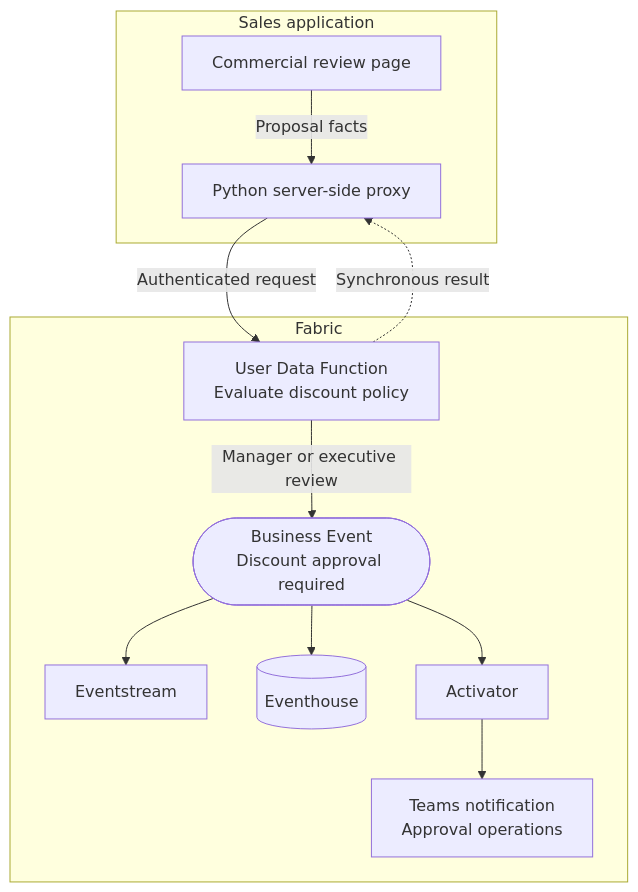
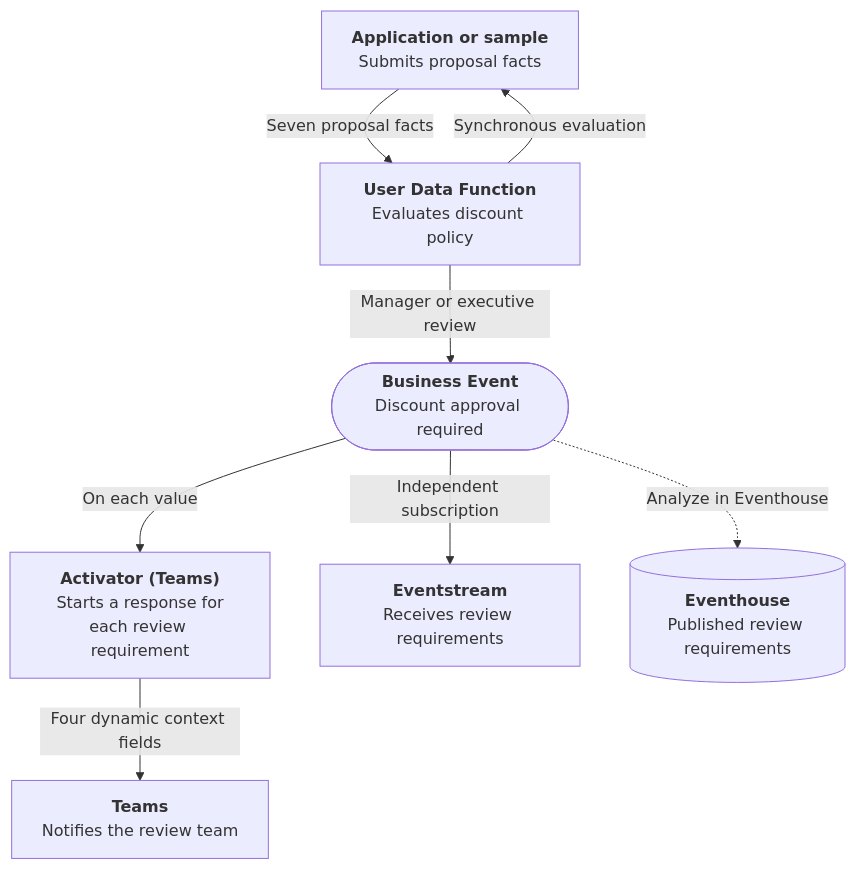
Before and after one commit to microsoft/fabric-events: the third of 3 diagrams in docs/business-events/scenarios/discount-approval-routing.md, drawn with Mermaid. The commit also changed other lines of this file and 225 other files, not shown here.

````diff
--- a/docs/business-events/scenarios/discount-approval-routing.md
+++ b/docs/business-events/scenarios/discount-approval-routing.md
@@ -19,25 +68,18 @@
 ```mermaid
 flowchart TB
-    subgraph Sales application
-        APP[Commercial review page]
-        PROXY[Python server-side proxy]
-        APP -->|Proposal facts| PROXY
-    end
+    APP["<b>Application or sample</b><br/>Submits proposal facts"]
+    UDF["<b>User Data Function</b><br/>Evaluates discount policy"]
+    BE(["<b>Business Event</b><br/>Discount approval required"])
+    ACT["<b>Activator (Teams)</b><br/>Starts a response for<br/>each review requirement"]
+    TEAMS["<b>Teams</b><br/>Notifies the review team"]
+    ES["<b>Eventstream</b><br/>Receives review requirements"]
+    EH[("<b>Eventhouse</b><br/>Published review requirements")]
 
-    subgraph Fabric
-        UDF["User Data Function<br/>Evaluate discount policy"]
-        BE(["Business Event<br/>Discount approval required"])
-        ES[Eventstream]
-        EH[(Eventhouse)]
-        ACT[Activator]
-        TEAMS[Teams notification\nApproval operations]
-    end
-
-    PROXY -->|Authenticated request| UDF
-    UDF -.->|Synchronous result| PROXY
-    UDF -->|Manager or executive review| BE
-    BE --> ES
-    BE --> EH
-    BE --> ACT
-    ACT --> TEAMS
+    APP -->|"Seven proposal facts"| UDF
+    UDF -->|"Synchronous evaluation"| APP
+    UDF -->|"Manager or executive review"| BE
+    BE -->|"On each value"| ACT
+    ACT -->|"Four dynamic context fields"| TEAMS
+    BE -->|"Independent subscription"| ES
+    BE -.->|"Analyze in Eventhouse"| EH
 ```
````
